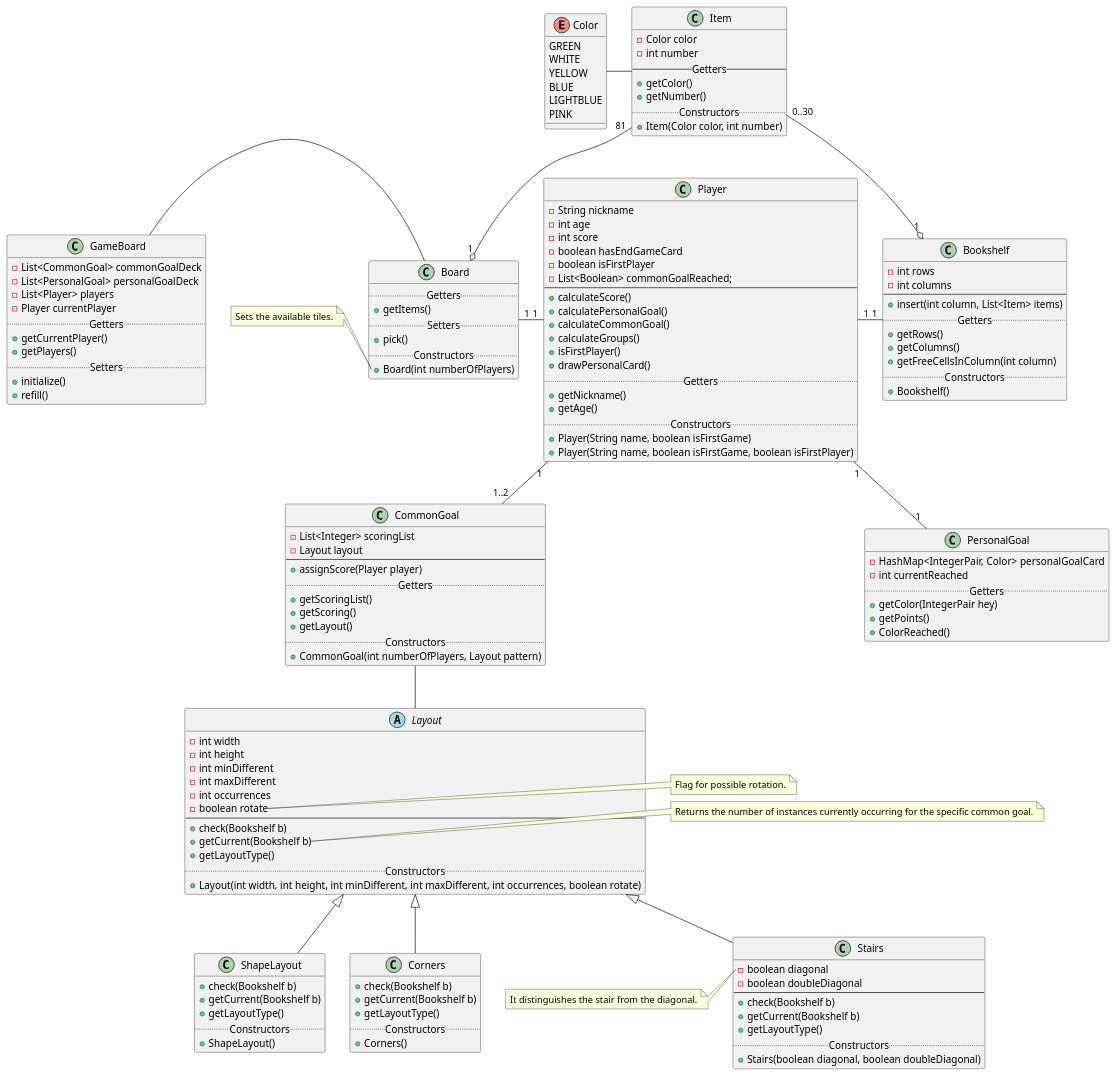
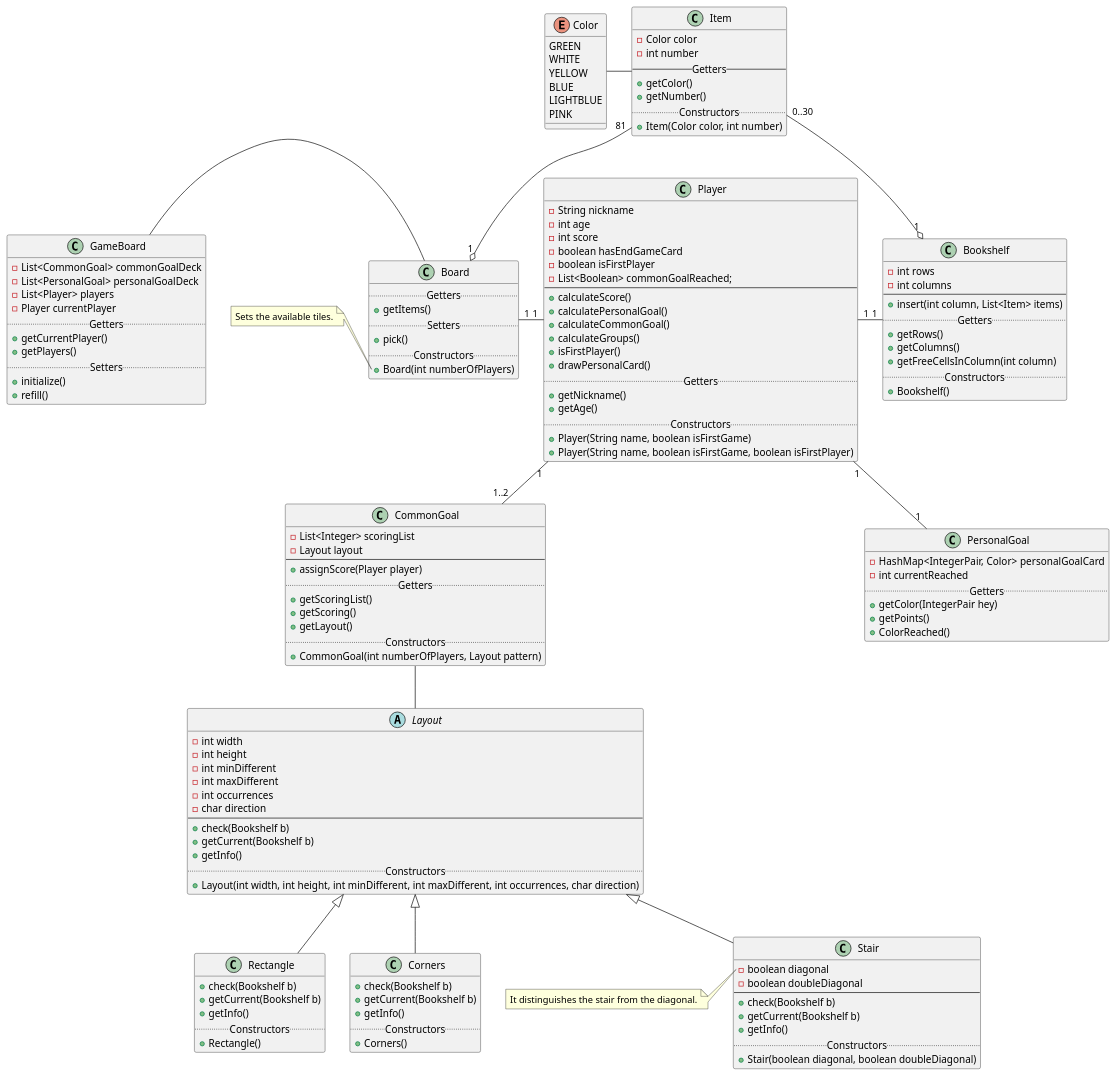
One commit to dltmtt/IS23-AM13 changed the diagram in docs/Initial class diagram.puml. Above: the diagram before and after it, drawn with PlantUML. The commit also changed 9 other files, not shown here.

First line of the commit message:
uml edit layout class, added tested methods in bookshelf, random color

```diff
--- a/docs/Initial class diagram.puml
+++ b/docs/Initial class diagram.puml
@@ -1,187 +1,187 @@
 @startuml
 'The controller will receiver the move command from the client and
 'will call remove and insert on the board and the bookshelf.
 'The link Board-Player is a static list.
 'The reference to CommonGoal (a list of 1 or 2 elements) is static.
 'The checks, like Bookshelf's checkComplete, go in the client.
 
 'TODO:
 '[ ] Consider adding a method setNickname.
 '[ ] Add a method drawCards.
 '[ ] Check when the board has to be refilled.
 
 class Board
 Player "1" -- "1..2" CommonGoal
 Player "1" -- "1" PersonalGoal
 Player "1" - "1" Bookshelf
 Board "1" - "1" Player
 Item "81" --o "1" Board
 Item "0..30" --o "1" Bookshelf
 Color - Item
 CommonGoal -- Layout
 GameBoard - Board
 
 class Item {
     -Color color
     -int number
     -- Getters --
     +getColor()
     +getNumber()
     .. Constructors ..
     +Item(Color color, int number)
 }
 
 class PersonalGoal {
     -HashMap<IntegerPair, Color> personalGoalCard
     -int currentReached
     .. Getters ..
     +getColor(IntegerPair hey)
     +getPoints()
     +ColorReached()
 }
 
 note left of PersonalGoal::reached
     it indicates the number of cells filled with the "right colour"
 end note
 
 note right of PersonalGoal::goal
     The goal's configuration.
 end note
 
 class Player {
     -String nickname
     -int age
     -int score
     -boolean hasEndGameCard
     -boolean isFirstPlayer
     -List<Boolean> commonGoalReached;
     ----
     +calculateScore()
     +calculatePersonalGoal()
     +calculateCommonGoal()
     +calculateGroups()
     +isFirstPlayer()
     +drawPersonalCard()
     .. Getters ..
     +getNickname()
     +getAge()
     .. Constructors ..
     +Player(String name, boolean isFirstGame)
     +Player(String name, boolean isFirstGame, boolean isFirstPlayer)
 }
 
 class GameBoard {
     -List<CommonGoal> commonGoalDeck
     -List<PersonalGoal> personalGoalDeck
     -List<Player> players
     -Player currentPlayer
     .. Getters ..
     +getCurrentPlayer()
     +getPlayers()
     .. Setters ..
     +initialize()
     +refill()
 }
 
 class Board {
     .. Getters ..
     +getItems()
     .. Setters ..
     +pick()
     .. Constructors ..
     +Board(int numberOfPlayers)
 }
 
 note left of Board::Board
     Sets the available tiles.
 end note
 
 class CommonGoal {
     -List<Integer> scoringList
     -Layout layout
     ----
     +assignScore(Player player)
     .. Getters ..
     +getScoringList()
     +getScoring()
     +getLayout()
     .. Constructors ..
     +CommonGoal(int numberOfPlayers, Layout pattern)
 }
 
 enum Color {
     GREEN
     WHITE
     YELLOW
     BLUE
     LIGHTBLUE
     PINK
 }
 
 class Bookshelf {
     -int rows
     -int columns
     ----
     +insert(int column, List<Item> items)
     .. Getters ..
     +getRows()
     +getColumns()
     +getFreeCellsInColumn(int column)
     .. Constructors ..
     +Bookshelf()
 }
 
 abstract Layout {
     -int width
     -int height
     -int minDifferent
     -int maxDifferent
     -int occurrences
-    -boolean rotate
+    -char direction
     ----
     +check(Bookshelf b)
     +getCurrent(Bookshelf b)
-    +getLayoutType()
+    +getInfo()
     .. Constructors ..
-    +Layout(int width, int height, int minDifferent, int maxDifferent, int occurrences, boolean rotate)
+    +Layout(int width, int height, int minDifferent, int maxDifferent, int occurrences, char direction)
 }
 
 note right of Layout::rotate
     Flag for possible rotation.
 end note
 
 note right of Layout::getCurrent
     Returns the number of instances currently occurring for the specific common goal.
 end note
 
-class ShapeLayout extends Layout{
+class Rectangle extends Layout{
     +check(Bookshelf b)
     +getCurrent(Bookshelf b)
-    +getLayoutType()
+    +getInfo()
     .. Constructors ..
-    +ShapeLayout()
+    +Rectangle()
 }
 
-class Stairs extends Layout{
+class Stair extends Layout{
     -boolean diagonal
     -boolean doubleDiagonal
     ----
     +check(Bookshelf b)
     +getCurrent(Bookshelf b)
-    +getLayoutType()
+    +getInfo()
     .. Constructors ..
-    +Stairs(boolean diagonal, boolean doubleDiagonal)
+    +Stair(boolean diagonal, boolean doubleDiagonal)
 }
 
-note left of Stairs::diagonal
+note left of Stair::diagonal
     It distinguishes the stair from the diagonal.
 end note
 
 class Corners extends Layout{
     +check(Bookshelf b)
     +getCurrent(Bookshelf b)
-    +getLayoutType()
+    +getInfo()
     .. Constructors ..
     +Corners()
 }
 @enduml
```
